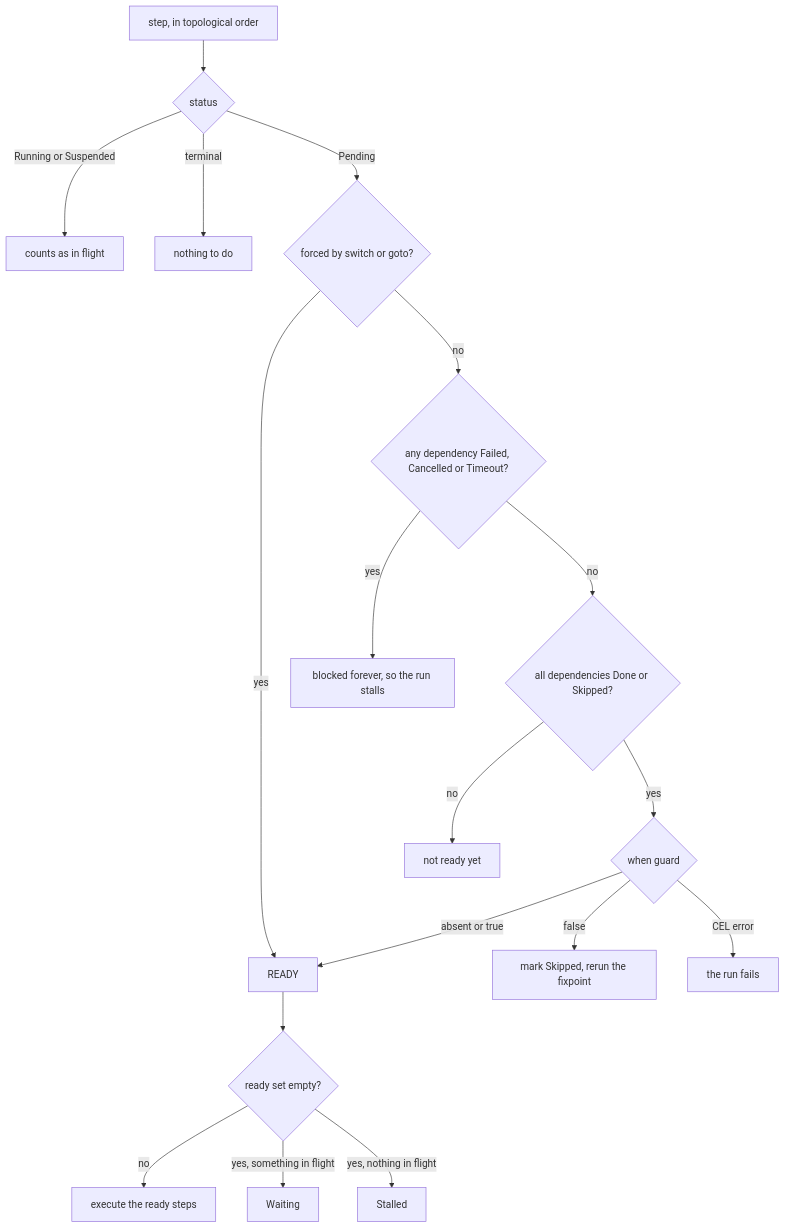
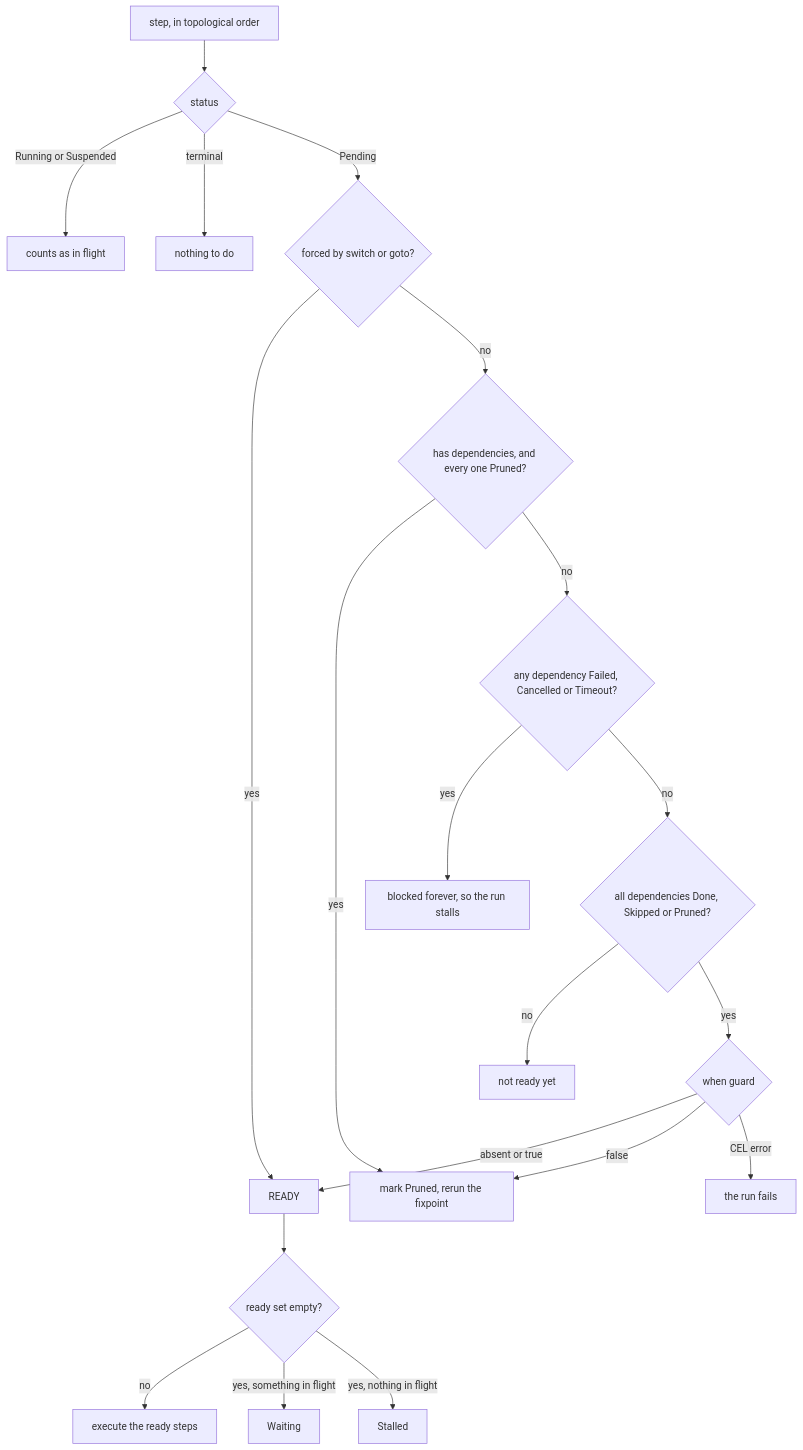
One commit to agentd-dev/source-code changed the fourth of 4 diagrams in docs/workflows.md. Above: the diagram before and after it, drawn with Mermaid. The commit also changed other lines of this file and 97 other files, not shown here.

````diff
--- a/docs/workflows.md
+++ b/docs/workflows.md
@@ -780,20 +808,22 @@
 ```mermaid
 flowchart TD
     A["step, in topological order"] --> B{"status"}
     B -->|"Running or Suspended"| C["counts as in flight"]
     B -->|"terminal"| D["nothing to do"]
     B -->|"Pending"| E{"forced by switch or goto?"}
     E -->|"yes"| R["READY"]
-    E -->|"no"| F{"any dependency Failed, Cancelled or Timeout?"}
+    E -->|"no"| Q{"has dependencies, and every one Pruned?"}
+    Q -->|"yes"| K["mark Pruned, rerun the fixpoint"]
+    Q -->|"no"| F{"any dependency Failed, Cancelled or Timeout?"}
     F -->|"yes"| G["blocked forever, so the run stalls"]
-    F -->|"no"| H{"all dependencies Done or Skipped?"}
+    F -->|"no"| H{"all dependencies Done, Skipped or Pruned?"}
     H -->|"no"| I["not ready yet"]
     H -->|"yes"| J{"when guard"}
     J -->|"absent or true"| R
-    J -->|"false"| K["mark Skipped, rerun the fixpoint"]
+    J -->|"false"| K
     J -->|"CEL error"| L["the run fails"]
     R --> M{"ready set empty?"}
     M -->|"no"| N["execute the ready steps"]
     M -->|"yes, something in flight"| O["Waiting"]
     M -->|"yes, nothing in flight"| P["Stalled"]
 ```
````
